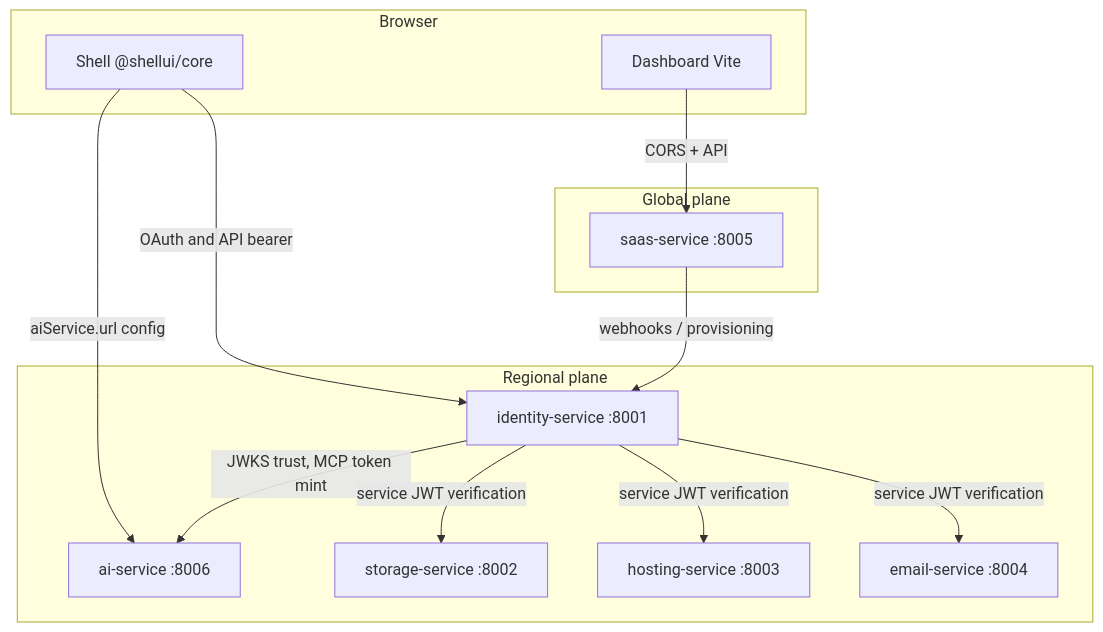
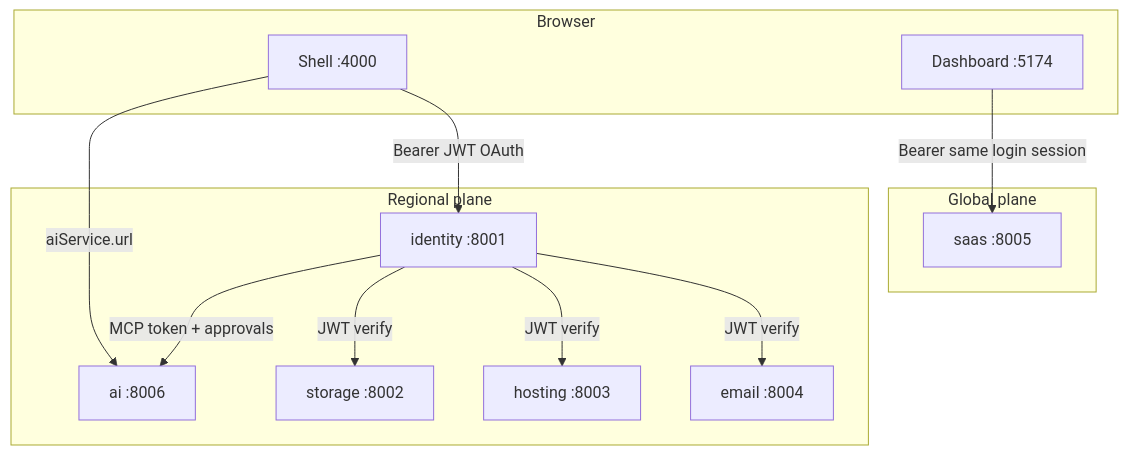
Before and after one commit to shellui/shellui: the diagram in docs/features/ai-native.md, drawn with Mermaid. The commit also changed other lines of this file, not shown here.

First line of the commit message:
docs(ai-native): factual workflow, contracts, MCP and CLI parity

````diff
--- a/docs/features/ai-native.md
+++ b/docs/features/ai-native.md
@@ -23,25 +51,24 @@
 ```mermaid
 flowchart TB
-  subgraph browser ["Browser"]
-    Shell["Shell @shellui/core"]
-    Dash["Dashboard Vite"]
+  subgraph browser["Browser"]
+    Shell["Shell :4000"]
+    Dash["Dashboard :5174"]
   end
-  subgraph global ["Global plane"]
-    SaaS["saas-service :8005"]
+  subgraph global["Global plane"]
+    SaaS["saas :8005"]
   end
-  subgraph regional ["Regional plane"]
-    Id["identity-service :8001"]
-    AI["ai-service :8006"]
-    St["storage-service :8002"]
-    Ho["hosting-service :8003"]
-    Em["email-service :8004"]
+  subgraph regional["Regional plane"]
+    Id["identity :8001"]
+    AI["ai :8006"]
+    St["storage :8002"]
+    Ho["hosting :8003"]
+    Em["email :8004"]
   end
-  Shell -->|OAuth and API bearer| Id
-  Dash -->|CORS + API| SaaS
-  Shell -->|aiService.url config| AI
-  Id -->|JWKS trust, MCP token mint| AI
-  Id -->|service JWT verification| St
-  Id -->|service JWT verification| Ho
-  Id -->|service JWT verification| Em
-  SaaS -->|webhooks / provisioning| Id
+  Shell -->|Bearer JWT OAuth| Id
+  Dash -->|Bearer same login session| SaaS
+  Shell -->|aiService.url| AI
+  Id -->|MCP token + approvals| AI
+  Id -->|JWT verify| St
+  Id -->|JWT verify| Ho
+  Id -->|JWT verify| Em
 ```
````
